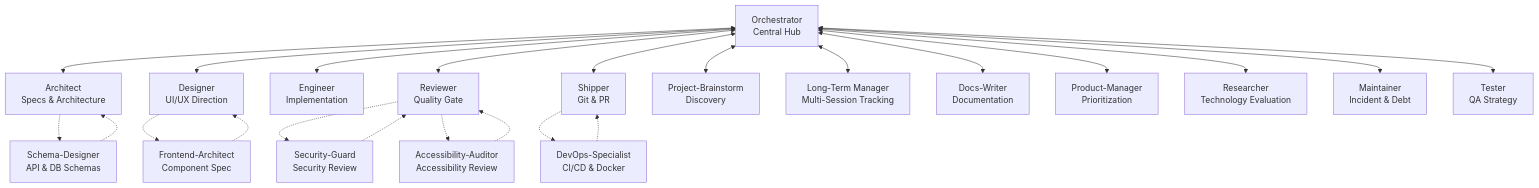
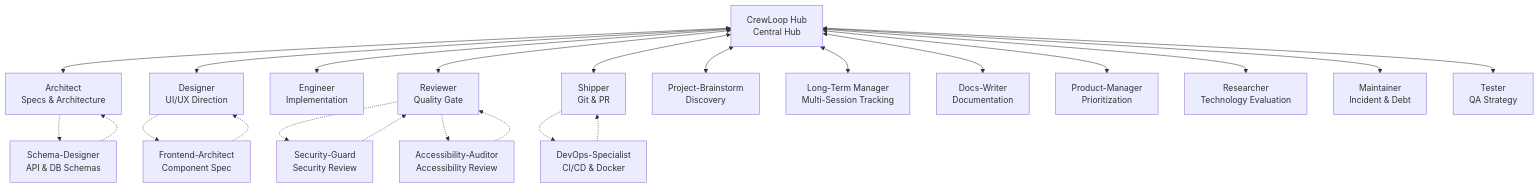
Before and after one commit to leorsousa05/CrewLoop: the diagram in README.md, drawn with Mermaid. The commit also changed other lines of this file and 69 other files, not shown here.

First line of the commit message:
refactor(core): rename orchestrator to crewloop-hub

````diff
--- a/README.md
+++ b/README.md
@@ -146,27 +146,27 @@
 ```mermaid
 flowchart TD
-    O["Orchestrator\nCentral Hub"] <--> A["Architect\nSpecs & Architecture"]
+    O["CrewLoop Hub\nCentral Hub"] <--> A["Architect\nSpecs & Architecture"]
     O <--> D["Designer\nUI/UX Direction"]
     O <--> E["Engineer\nImplementation"]
     O <--> R["Reviewer\nQuality Gate"]
     O <--> S["Shipper\nGit & PR"]
     O <--> PB["Project-Brainstorm\nDiscovery"]
     O <--> LTM["Long-Term Manager\nMulti-Session Tracking"]
     O <--> W["Docs-Writer\nDocumentation"]
     O <--> PM["Product-Manager\nPrioritization"]
     O <--> RS["Researcher\nTechnology Evaluation"]
     O <--> MN["Maintainer\nIncident & Debt"]
     O <--> T["Tester\nQA Strategy"]
 
     A -.-> SD["Schema-Designer\nAPI & DB Schemas"]
     SD -.-> A
     D -.-> FA["Frontend-Architect\nComponent Spec"]
     FA -.-> D
     S -.-> DO["DevOps-Specialist\nCI/CD & Docker"]
     DO -.-> S
 
     SG["Security-Guard\nSecurity Review"] -.-> R
     AA["Accessibility-Auditor\nAccessibility Review"] -.-> R
     R -.-> SG
     R -.-> AA
 ```
````
